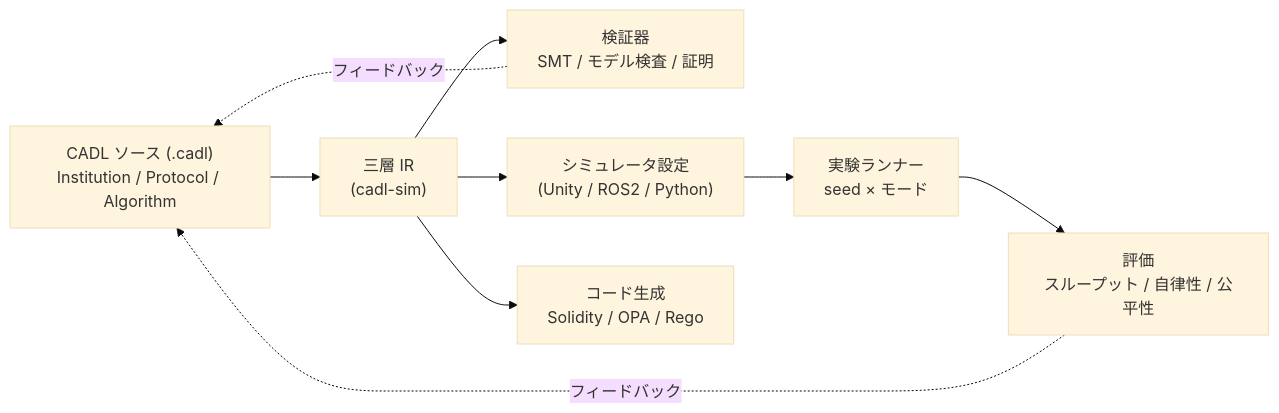
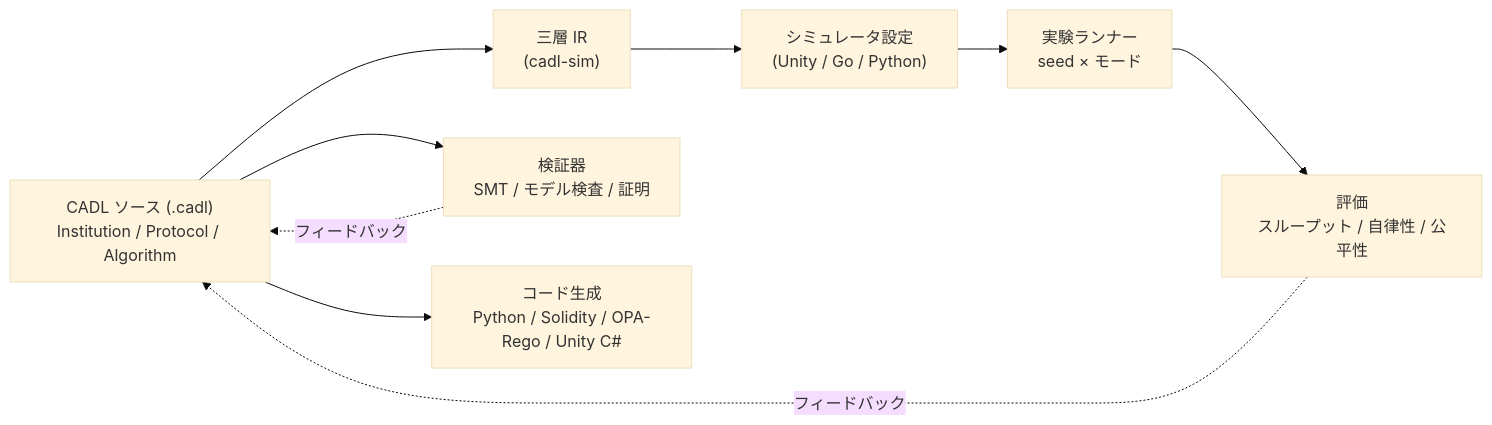
Before and after one commit to ertlnagoya/cadl-spec: the diagram in i18n/ja/docusaurus-plugin-content-docs/current/spec/intro.md, drawn with Mermaid (base theme). The commit also changed other lines of this file and 17 other files, not shown here.

````diff
--- a/i18n/ja/docusaurus-plugin-content-docs/current/spec/intro.md
+++ b/i18n/ja/docusaurus-plugin-content-docs/current/spec/intro.md
@@ -30,19 +30,19 @@
 ```mermaid
 flowchart LR
     SRC["CADL ソース (.cadl)<br/>Institution / Protocol / Algorithm"]
     IR["三層 IR<br/>(cadl-sim)"]
     VER["検証器<br/>SMT / モデル検査 / 証明"]
-    CFG["シミュレータ設定<br/>(Unity / ROS2 / Python)"]
-    CODE["コード生成<br/>Solidity / OPA / Rego"]
+    CFG["シミュレータ設定<br/>(Unity / Go / Python)"]
+    CODE["コード生成<br/>Python / Solidity / OPA-Rego / Unity C#"]
     EXP["実験ランナー<br/>seed × モード"]
     EVAL["評価<br/>スループット / 自律性 / 公平性"]
 
+    SRC --> VER
+    SRC --> CODE
     SRC --> IR
-    IR --> VER
     IR --> CFG
-    IR --> CODE
     CFG --> EXP
     EXP --> EVAL
     VER -. フィードバック .-> SRC
     EVAL -. フィードバック .-> SRC
 ```
````
